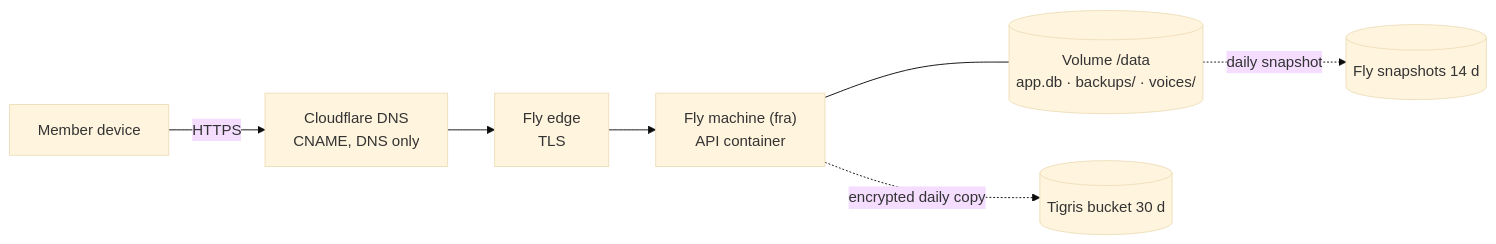
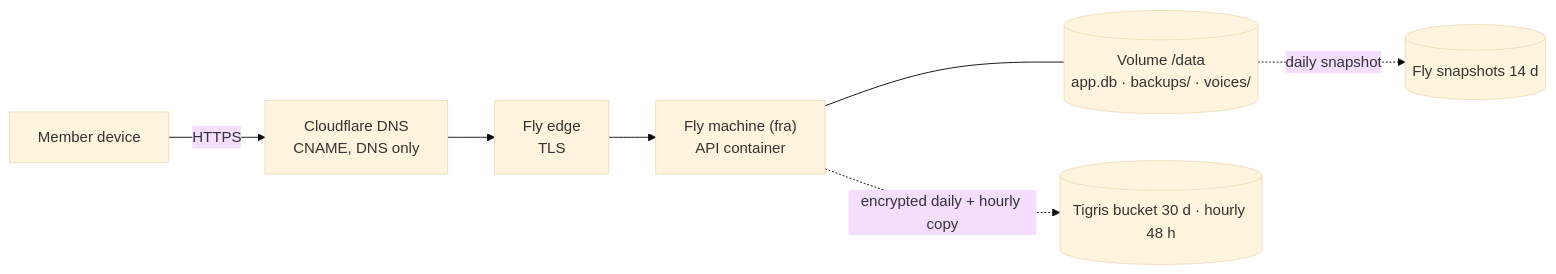
One commit to jeanyves-figiel/Gym-Workout changed the diagram in docs/infrastructure.md. Above: the diagram before and after it, drawn with Mermaid (base theme). The commit also changed other lines of this file and 11 other files, not shown here.

First line of the commit message:
Scaling step 1: prod 1 GB always on, 10 GB volume, hourly encrypted off-site copies (#923)

````diff
--- a/docs/infrastructure.md
+++ b/docs/infrastructure.md
@@ -18,7 +18,7 @@
 ```mermaid
 flowchart LR
   Dev["Member device"] -- HTTPS --> CF["Cloudflare DNS<br/>CNAME, DNS only"] --> Edge["Fly edge<br/>TLS"] --> M["Fly machine (fra)<br/>API container"]
   M --- V[("Volume /data<br/>app.db · backups/ · voices/")]
   V -. daily snapshot .-> Snap[("Fly snapshots 14 d")]
-  M -. encrypted daily copy .-> T[("Tigris bucket 30 d")]
+  M -. encrypted daily + hourly copy .-> T[("Tigris bucket 30 d · hourly 48 h")]
 ```
````
